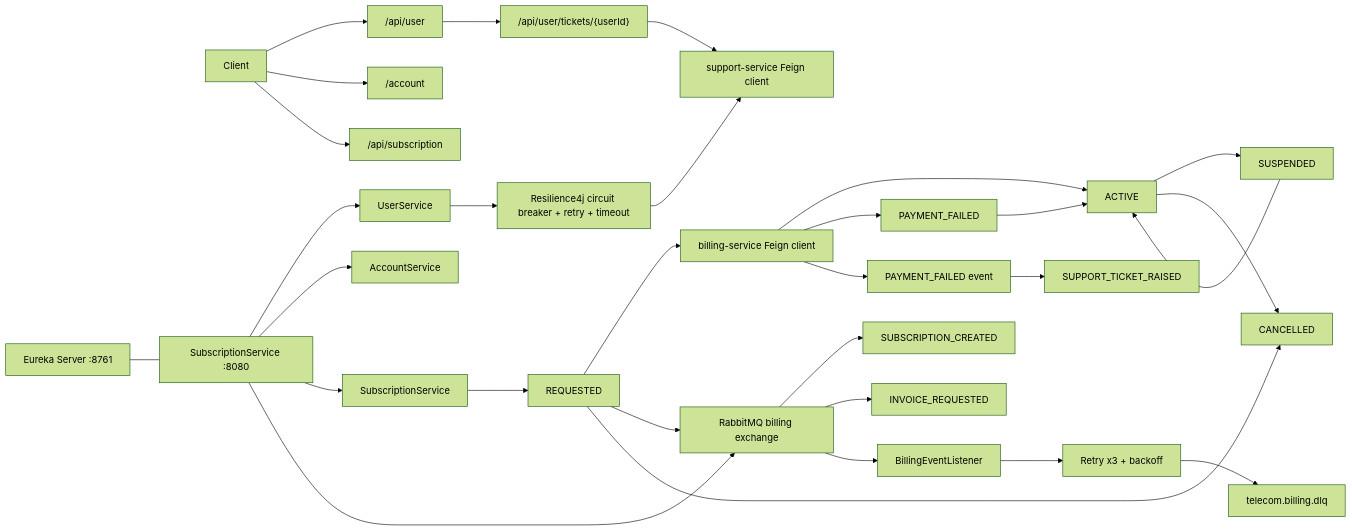
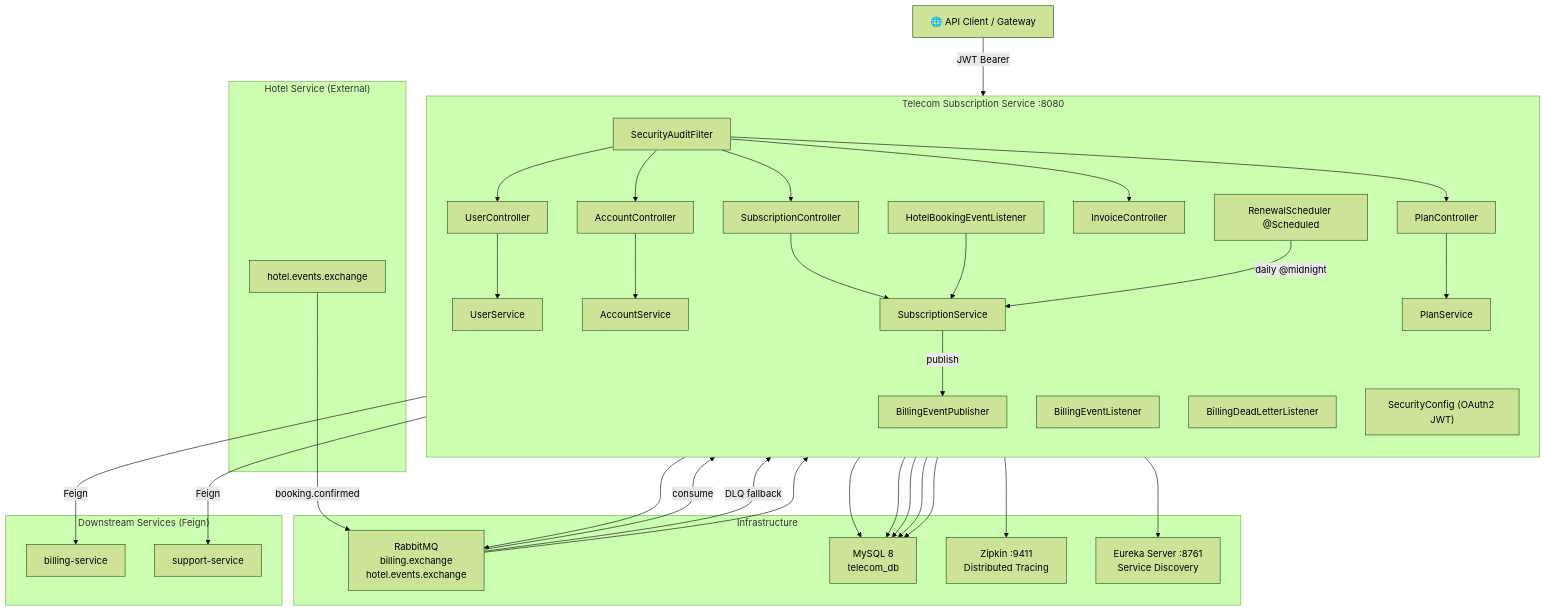
The first of 5 diagrams in README.md (byte2code/telecom-subscription-service), drawn with Mermaid (forest theme) before and after one commit. The commit also changed other lines of this file, not shown here.

````diff
--- a/README.md
+++ b/README.md
@@ -236,34 +52,63 @@
 ```mermaid
-flowchart LR
-    Client[Client] --> UserAPI["/api/user"]
-    Client --> AccountAPI["/account"]
-    Client --> SubAPI["/api/subscription"]
+flowchart TD
+    Client["🌐 API Client / Gateway"]
 
-    Eureka["Eureka Server :8761"] --- App["SubscriptionService :8080"]
-    App --> UserService["UserService"]
-    App --> AccountService["AccountService"]
-    App --> SubService["SubscriptionService"]
-    App --> Rabbit["RabbitMQ billing exchange"]
+    subgraph Telecom["Telecom Subscription Service :8080"]
+        direction TB
+        UC["UserController"]
+        AC["AccountController"]
+        SC["SubscriptionController"]
+        PC["PlanController"]
+        IC["InvoiceController"]
 
-    SubService --> Requested["REQUESTED"]
-    Requested --> BillingClient["billing-service Feign client"]
-    Requested --> Rabbit
-    Rabbit --> Created["SUBSCRIPTION_CREATED"]
-    Rabbit --> Invoice["INVOICE_REQUESTED"]
-    Rabbit --> Listener["BillingEventListener"]
-    Listener --> Retry["Retry x3 + backoff"]
-    Retry --> DLQ["telecom.billing.dlq"]
-    BillingClient --> Active["ACTIVE"]
-    BillingClient --> PaymentFailed["PAYMENT_FAILED"]
-    BillingClient --> FailedEvent["PAYMENT_FAILED event"]
-    FailedEvent --> SupportEvent["SUPPORT_TICKET_RAISED"]
-    Active --> Suspended["SUSPENDED"]
-    Suspended --> Active
-    Active --> Cancelled["CANCELLED"]
-    Requested --> Cancelled
-    PaymentFailed --> Active
-    UserService --> Resilience["Resilience4j circuit breaker + retry + timeout"]
-    Resilience --> SupportClient["support-service Feign client"]
-    UserAPI --> Tickets["/api/user/tickets/{userId}"]
-    Tickets --> SupportClient
+        US["UserService"]
+        AS["AccountService"]
+        SS["SubscriptionService"]
+        PS["PlanService"]
+
+        BEP["BillingEventPublisher"]
+        BEL["BillingEventListener"]
+        BDLL["BillingDeadLetterListener"]
+        HBL["HotelBookingEventListener"]
+        RS["RenewalScheduler @Scheduled"]
+
+        SECF["SecurityAuditFilter"]
+        SECC["SecurityConfig (OAuth2 JWT)"]
+    end
+
+    subgraph Infra["Infrastructure"]
+        RABBIT["RabbitMQ\nbilling.exchange\nhotel.events.exchange"]
+        MYSQL["MySQL 8\ntelecom_db"]
+        ZIPKIN["Zipkin :9411\nDistributed Tracing"]
+        EUREKA["Eureka Server :8761\nService Discovery"]
+    end
+
+    subgraph Downstream["Downstream Services (Feign)"]
+        BILLING["billing-service"]
+        SUPPORT["support-service"]
+    end
+
+    subgraph Hotel["Hotel Service (External)"]
+        HB["hotel.events.exchange"]
+    end
+
+    Client -->|JWT Bearer| SECF
+    SECF --> UC & AC & SC & PC & IC
+    UC --> US --> MYSQL
+    AC --> AS --> MYSQL
+    SC --> SS --> MYSQL
+    PC --> PS --> MYSQL
+    IC --> MYSQL
+
+    SS -->|publish| BEP --> RABBIT
+    RABBIT -->|consume| BEL
+    RABBIT -->|DLQ fallback| BDLL
+    HB -->|booking.confirmed| RABBIT --> HBL --> SS
+    RS -->|daily @midnight| SS
+
+    US -->|Feign| SUPPORT
+    SS -->|Feign| BILLING
+
+    Telecom --> EUREKA
+    Telecom --> ZIPKIN
 ```
````
